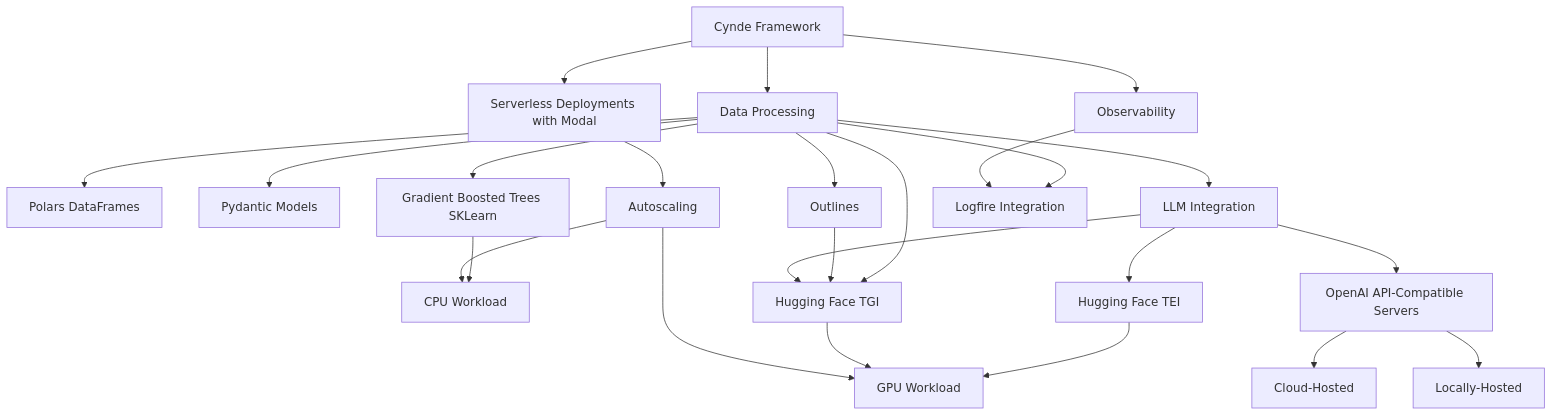
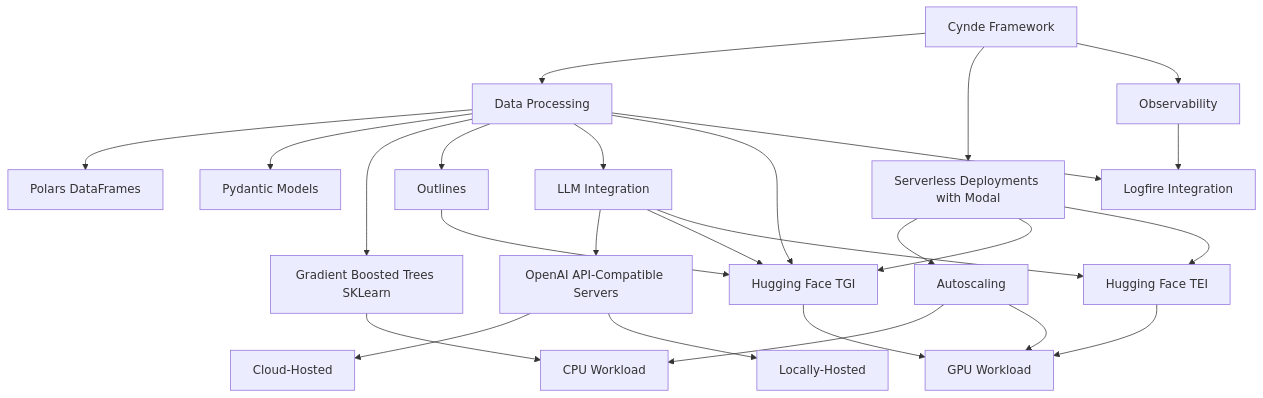
One commit to Neural-Dragon-AI/Cynde changed the diagram in drawings.md. Above: the diagram before and after it, drawn with Mermaid.

````diff
--- a/drawings.md
+++ b/drawings.md
@@ -3,30 +3,32 @@
 ```mermaid
 graph TD
     A[Cynde Framework] --> B[Data Processing]
     B --> C[Polars DataFrames]
     B --> D[Pydantic Models]
     B --> E[Gradient Boosted Trees SKLearn]
     B --> Ot[Outlines]
     A --> P[Serverless Deployments with Modal]
 
     P --> F[Autoscaling]
     F --> G[CPU Workload]
     E --> G
     F --> M[GPU Workload]
 
     B --> H[LLM Integration]
     H --> I[OpenAI API-Compatible Servers]
     I --> J[Cloud-Hosted]
     I --> K[Locally-Hosted]
     H --> N[Hugging Face TGI]
     Ot --> N
     B --> N
     H --> O[Hugging Face TEI]
+    P --> N
+    P --> O
     N --> M
     O --> M
 
 
     A --> Y[Observability]
     Y --> Z[Logfire Integration]
     B --> Z
 ```
````
